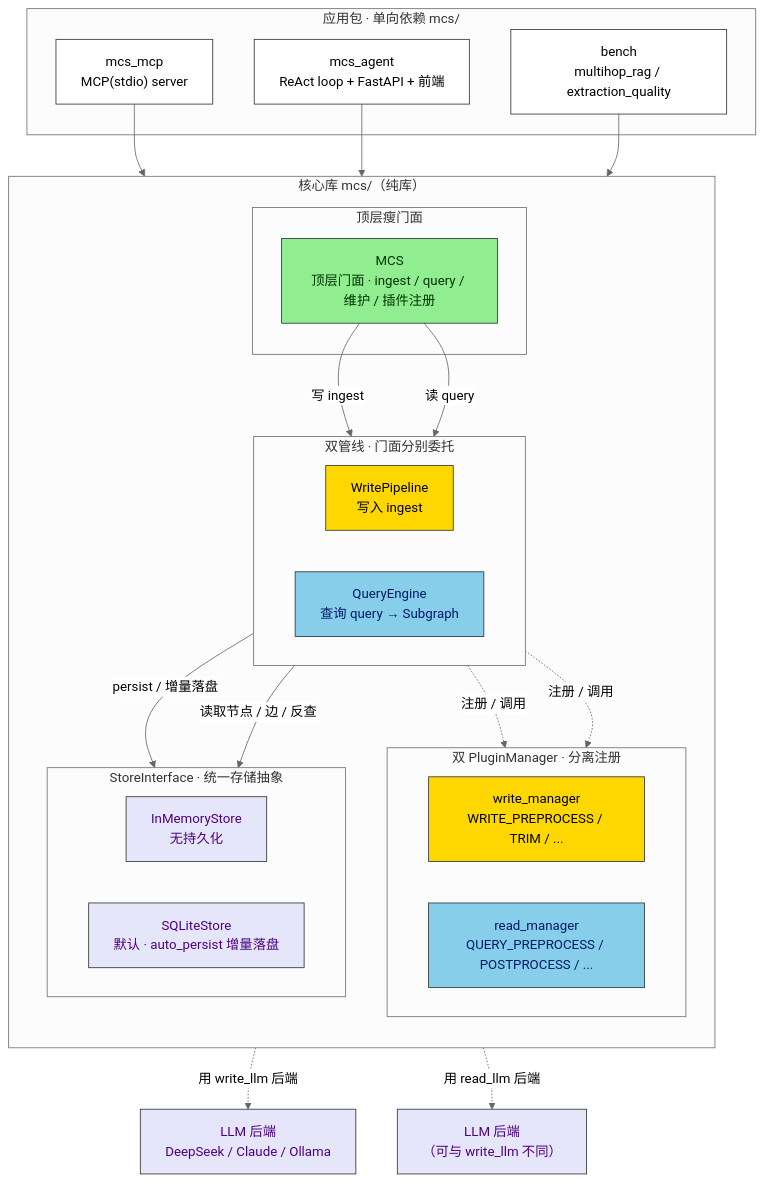
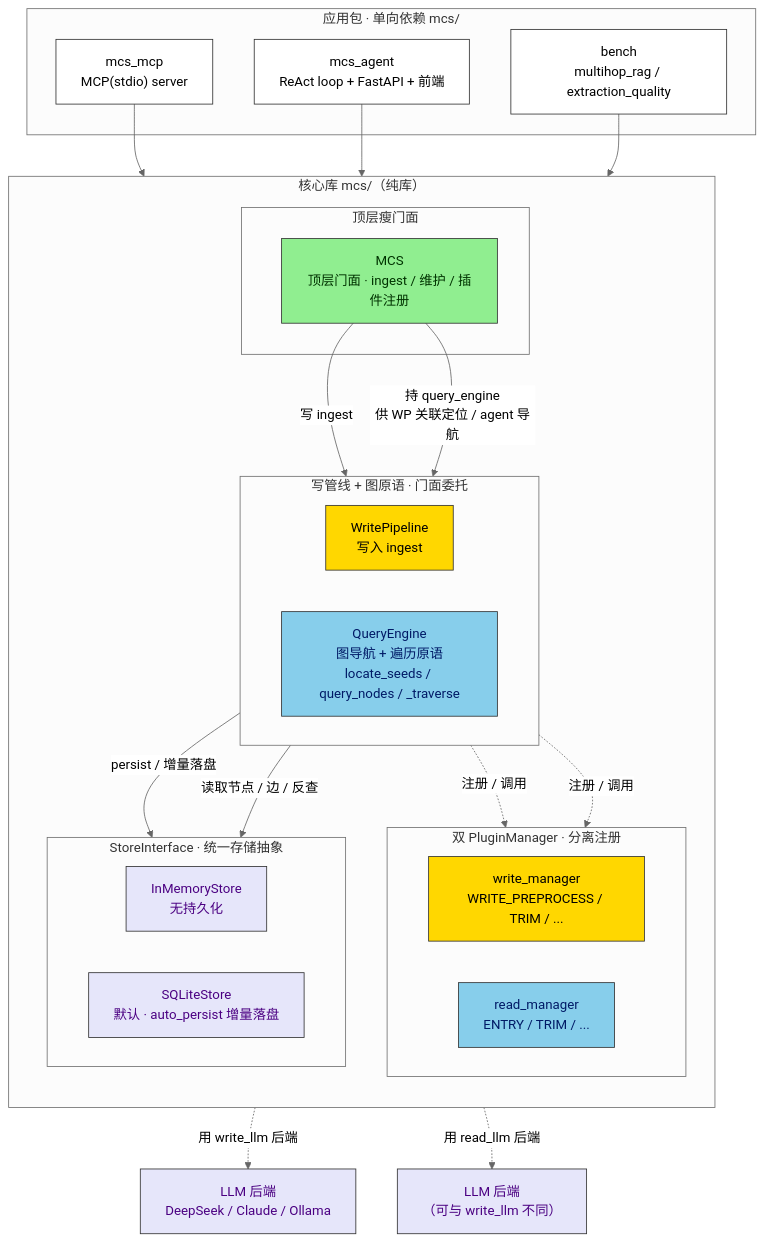
One commit to Dhyana-c/MCS changed the diagram in docs/diagrams/arch-system-overview.mmd. Above: the diagram before and after it, drawn with Mermaid (neutral theme). The commit also changed 25 other files, not shown here.

```diff
--- a/docs/diagrams/arch-system-overview.mmd
+++ b/docs/diagrams/arch-system-overview.mmd
@@ -1,72 +1,72 @@
 flowchart TB
     %% ===== 应用包层（与 mcs/ 平级、单向依赖核心库）=====
     subgraph APPS["应用包 · 单向依赖 mcs/"]
         MCP["mcs_mcp<br/>MCP(stdio) server"]
         AGENT["mcs_agent<br/>ReAct loop + FastAPI + 前端"]
         BENCH["bench<br/>multihop_rag / extraction_quality"]
     end
 
     %% ===== 核心库 mcs/ =====
     subgraph MCSLIB["核心库 mcs/（纯库）"]
         direction TB
 
         subgraph FACADE["顶层瘦门面"]
-            MCS["MCS<br/>顶层门面 · ingest / query / 维护 / 插件注册"]
+            MCS["MCS<br/>顶层门面 · ingest / 维护 / 插件注册"]
         end
 
-        subgraph PIPES["双管线 · 门面分别委托"]
+        subgraph PIPES["写管线 + 图原语 · 门面委托"]
             direction LR
             WP["WritePipeline<br/>写入 ingest"]
-            QE["QueryEngine<br/>查询 query → Subgraph"]
+            QE["QueryEngine<br/>图导航 + 遍历原语<br/>locate_seeds / query_nodes / _traverse"]
         end
 
         subgraph MGRS["双 PluginManager · 分离注册"]
             direction LR
             WM["write_manager<br/>WRITE_PREPROCESS / TRIM / ..."]
-            RM["read_manager<br/>QUERY_PREPROCESS / POSTPROCESS / ..."]
+            RM["read_manager<br/>ENTRY / TRIM / ..."]
         end
 
         subgraph STORE["StoreInterface · 统一存储抽象"]
             direction LR
             MEM["InMemoryStore<br/>无持久化"]
             SQL["SQLiteStore<br/>默认 · auto_persist 增量落盘"]
         end
     end
 
-    %% ===== 门面 → 双管线 =====
+    %% ===== 门面 → 管线 / 图原语 =====
     MCS -->|"写 ingest"| WP
-    MCS -->|"读 query"| QE
+    MCS -->|"持 query_engine<br/>供 WP 关联定位 / agent 导航"| QE
 
     %% ===== 双管线 → 双 manager =====
     WP -. 注册 / 调用 .-> WM
     QE -. 注册 / 调用 .-> RM
 
     %% ===== LLM 后端分离（虚线标注，不在核心库内）=====
     WM -. 用 write_llm 后端 .-> WL["LLM 后端<br/>DeepSeek / Claude / Ollama"]
     RM -. 用 read_llm 后端 .-> RL["LLM 后端<br/>（可与 write_llm 不同）"]
 
     %% ===== 管线 → 存储 =====
     WP -->|"persist / 增量落盘"| STORE
     QE -->|"读取节点 / 边 / 反查"| STORE
 
     %% ===== 应用包 → 门面（单向依赖）=====
     MCP --> MCS
     AGENT --> MCS
     BENCH --> MCS
 
     %% ===== 样式：复用色板 =====
     classDef facade fill:#90EE90,stroke:#333,color:#003300
     classDef write fill:#FFD700,stroke:#333,color:#000
     classDef read fill:#87CEEB,stroke:#333,color:#001a66
     classDef rule fill:#E6E6FA,stroke:#333,color:#4b0082
     classDef store fill:#E6E6FA,stroke:#333,color:#4b0082
     classDef app fill:#FFFFFF,stroke:#333,color:#000
 
     class MCS facade
     class WP write
     class QE read
     class WM write
     class RM read
     class MEM,SQL store
     class WL,RL rule
     class MCP,AGENT,BENCH app
```
